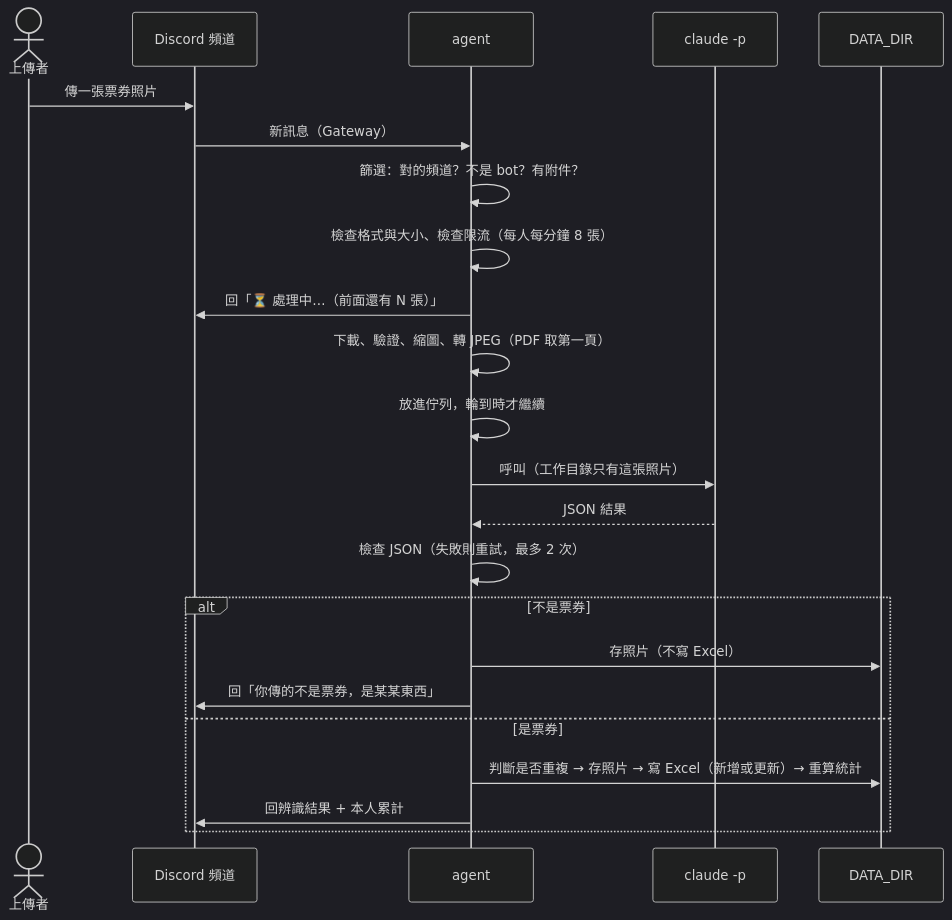
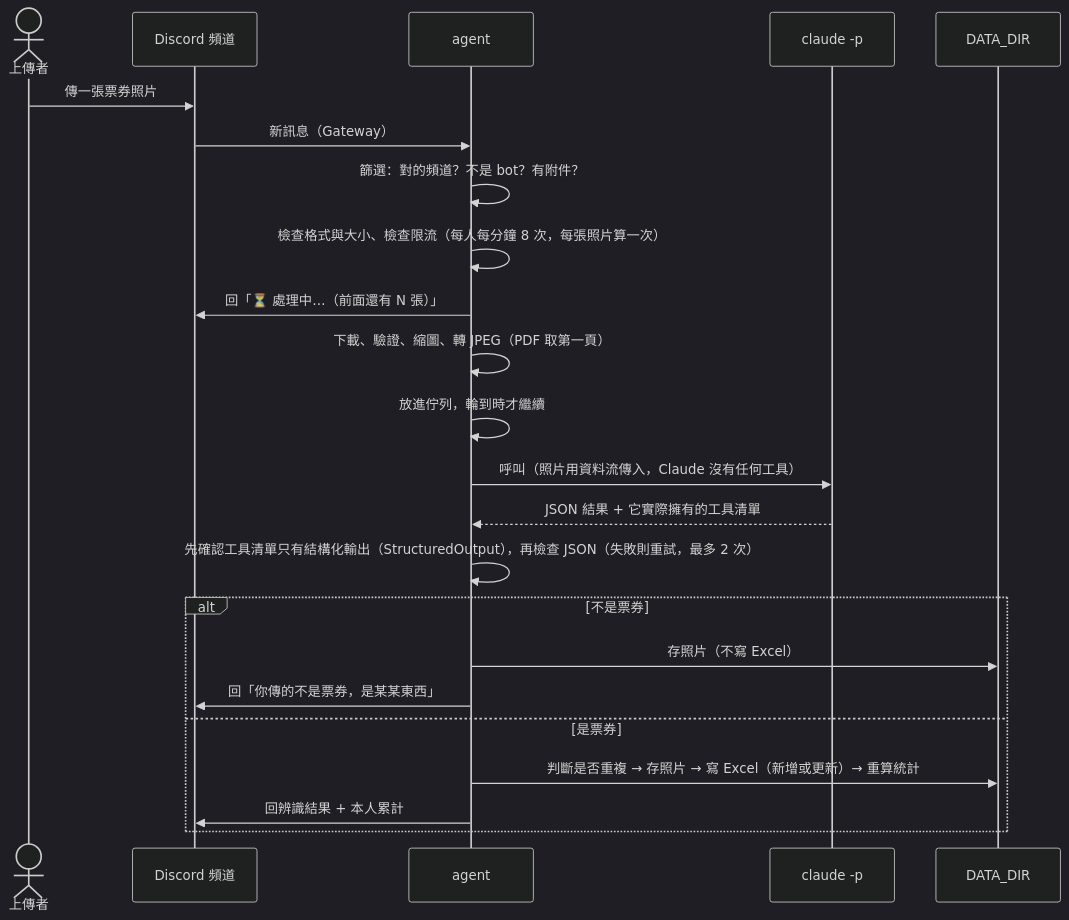
One commit to Hannah-061/Homework3 changed the second of 2 diagrams in docs/architecture.md. Above: the diagram before and after it, drawn with Mermaid (dark theme). The commit also changed other lines of this file and 50 other files, not shown here.

````diff
--- a/docs/architecture.md
+++ b/docs/architecture.md
@@ -148,26 +151,26 @@
 ```mermaid
 sequenceDiagram
     actor U as 上傳者
     participant D as Discord 頻道
     participant A as agent
     participant C as claude -p
     participant S as DATA_DIR
 
     U->>D: 傳一張票券照片
     D->>A: 新訊息（Gateway）
     A->>A: 篩選：對的頻道？不是 bot？有附件？
-    A->>A: 檢查格式與大小、檢查限流（每人每分鐘 8 張）
+    A->>A: 檢查格式與大小、檢查限流（每人每分鐘 8 次，每張照片算一次）
     A->>D: 回「⏳ 處理中…（前面還有 N 張）」
     A->>A: 下載、驗證、縮圖、轉 JPEG（PDF 取第一頁）
     A->>A: 放進佇列，輪到時才繼續
-    A->>C: 呼叫（工作目錄只有這張照片）
-    C-->>A: JSON 結果
-    A->>A: 檢查 JSON（失敗則重試，最多 2 次）
+    A->>C: 呼叫（照片用資料流傳入，Claude 沒有任何工具）
+    C-->>A: JSON 結果 + 它實際擁有的工具清單
+    A->>A: 先確認工具清單只有結構化輸出（StructuredOutput），再檢查 JSON（失敗則重試，最多 2 次）
     alt 不是票券
         A->>S: 存照片（不寫 Excel）
         A->>D: 回「你傳的不是票券，是某某東西」
     else 是票券
         A->>S: 判斷是否重複 → 存照片 → 寫 Excel（新增或更新）→ 重算統計
         A->>D: 回辨識結果 + 本人累計
     end
 ```
````
